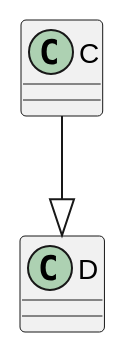
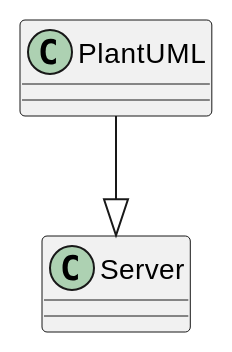
One commit to sytsereitsma/mdbook-plantuml changed the second of 5 diagrams in tests/e2e_test/test_server/src/chapter_1.md. Above: the diagram before and after it, drawn with PlantUML. The commit also changed other lines of this file and 12 other files, not shown here.

````diff
--- a/tests/e2e_test/test_server/src/chapter_1.md
+++ b/tests/e2e_test/test_server/src/chapter_1.md
@@ -13,5 +17,5 @@
 ```plantuml
 @startuml
-C --|> D
+PlantUML --|> Server
 @enduml
 ```
````
